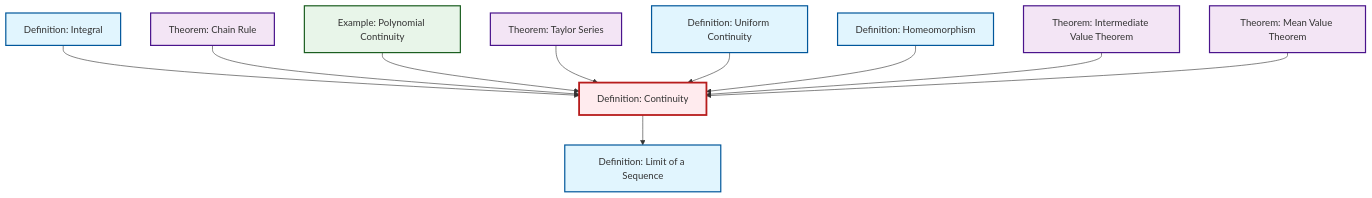
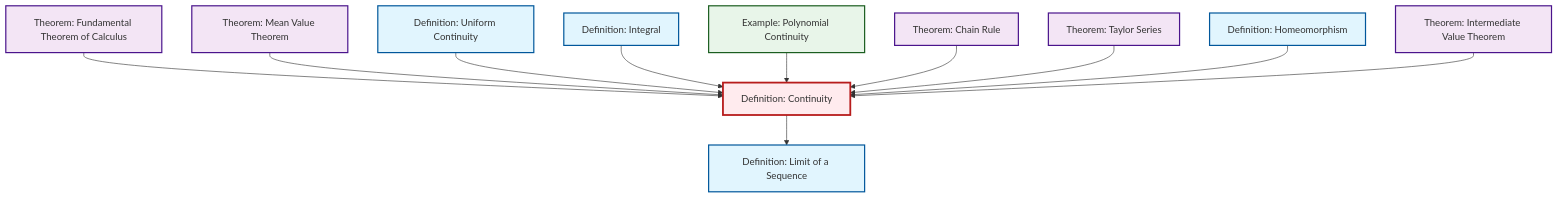
The diagram in content/ja/analysis/def-continuity.qmd (RK0429/ModernMath), drawn with Mermaid before and after one commit. The commit also changed 531 other files, not shown here.

````diff
--- a/content/ja/analysis/def-continuity.qmd
+++ b/content/ja/analysis/def-continuity.qmd
@@ -58,38 +58,41 @@
 ```{mermaid}
 %%| fig-cap: "Local dependency graph"
 graph TD
     classDef definition fill:#e1f5fe,stroke:#01579b,stroke-width:2px
     classDef theorem fill:#f3e5f5,stroke:#4a148c,stroke-width:2px
     classDef axiom fill:#fff3e0,stroke:#e65100,stroke-width:2px
     classDef example fill:#e8f5e9,stroke:#1b5e20,stroke-width:2px
     classDef current fill:#ffebee,stroke:#b71c1c,stroke-width:3px
-    def-uniform-continuity["Definition: Uniform Continuity"]:::definition
-    def-limit["Definition: Limit of a Sequence"]:::definition
-    thm-mean-value["Theorem: Mean Value Theorem"]:::theorem
     def-homeomorphism["Definition: Homeomorphism"]:::definition
-    thm-intermediate-value["Theorem: Intermediate Value Theorem"]:::theorem
-    def-continuity["Definition: Continuity"]:::definition
     def-integral["Definition: Integral"]:::definition
-    thm-chain-rule["Theorem: Chain Rule"]:::theorem
     ex-polynomial-continuity["Example: Polynomial Continuity"]:::example
     thm-taylor-series["Theorem: Taylor Series"]:::theorem
+    thm-mean-value["Theorem: Mean Value Theorem"]:::theorem
+    def-limit["Definition: Limit of a Sequence"]:::definition
+    thm-chain-rule["Theorem: Chain Rule"]:::theorem
+    def-uniform-continuity["Definition: Uniform Continuity"]:::definition
+    def-continuity["Definition: Continuity"]:::definition
+    thm-intermediate-value["Theorem: Intermediate Value Theorem"]:::theorem
+    thm-fundamental-calculus["Theorem: Fundamental Theorem of Calculus"]:::theorem
+    thm-fundamental-calculus --> def-continuity
+    thm-mean-value --> def-continuity
+    def-uniform-continuity --> def-continuity
     def-integral --> def-continuity
+    def-continuity --> def-limit
+    ex-polynomial-continuity --> def-continuity
     thm-chain-rule --> def-continuity
-    ex-polynomial-continuity --> def-continuity
     thm-taylor-series --> def-continuity
-    def-uniform-continuity --> def-continuity
-    def-continuity --> def-limit
     def-homeomorphism --> def-continuity
     thm-intermediate-value --> def-continuity
-    thm-mean-value --> def-continuity
     class def-continuity current
-    click def-uniform-continuity "def-uniform-continuity.html" "Definition: Uniform Continuityへ"
-    click def-limit "def-limit.html" "Definition: Limit of a Sequenceへ"
-    click thm-mean-value "thm-mean-value.html" "Theorem: Mean Value Theoremへ"
     click def-homeomorphism "def-homeomorphism.html" "Definition: Homeomorphismへ"
-    click thm-intermediate-value "thm-intermediate-value.html" "Theorem: Intermediate Value Theoremへ"
     click def-integral "def-integral.html" "Definition: Integralへ"
-    click thm-chain-rule "thm-chain-rule.html" "Theorem: Chain Ruleへ"
     click ex-polynomial-continuity "ex-polynomial-continuity.html" "Example: Polynomial Continuityへ"
     click thm-taylor-series "thm-taylor-series.html" "Theorem: Taylor Seriesへ"
+    click thm-mean-value "thm-mean-value.html" "Theorem: Mean Value Theoremへ"
+    click def-limit "def-limit.html" "Definition: Limit of a Sequenceへ"
+    click thm-chain-rule "thm-chain-rule.html" "Theorem: Chain Ruleへ"
+    click def-uniform-continuity "def-uniform-continuity.html" "Definition: Uniform Continuityへ"
+    click thm-intermediate-value "thm-intermediate-value.html" "Theorem: Intermediate Value Theoremへ"
+    click thm-fundamental-calculus "thm-fundamental-calculus.html" "Theorem: Fundamental Theorem of Calculusへ"
 ```
````
